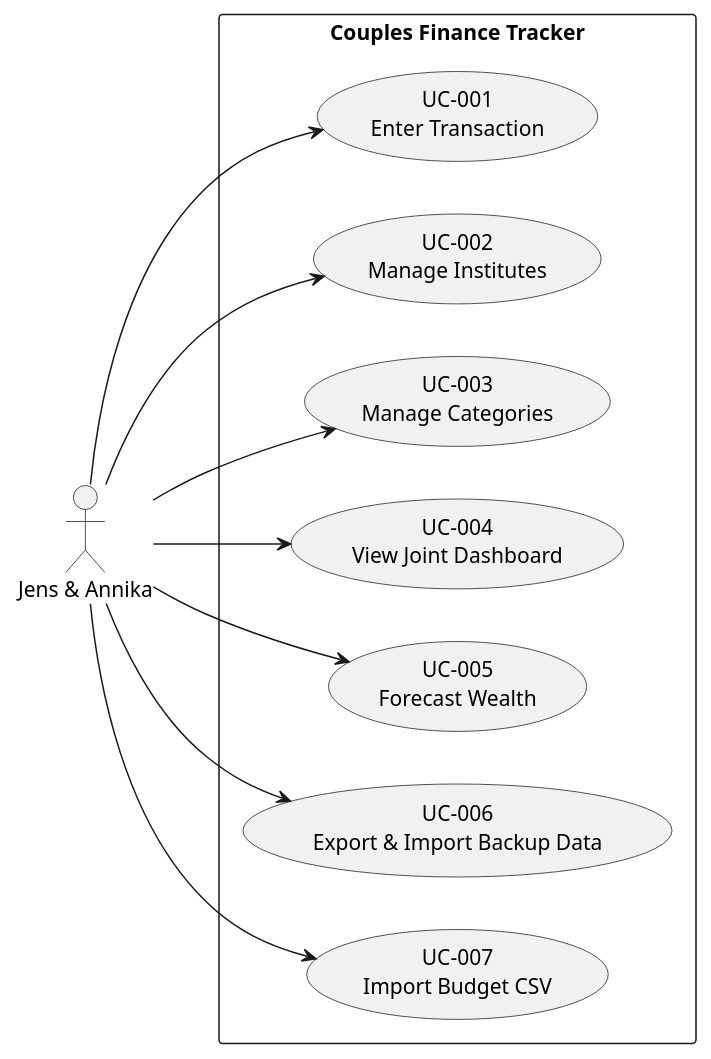
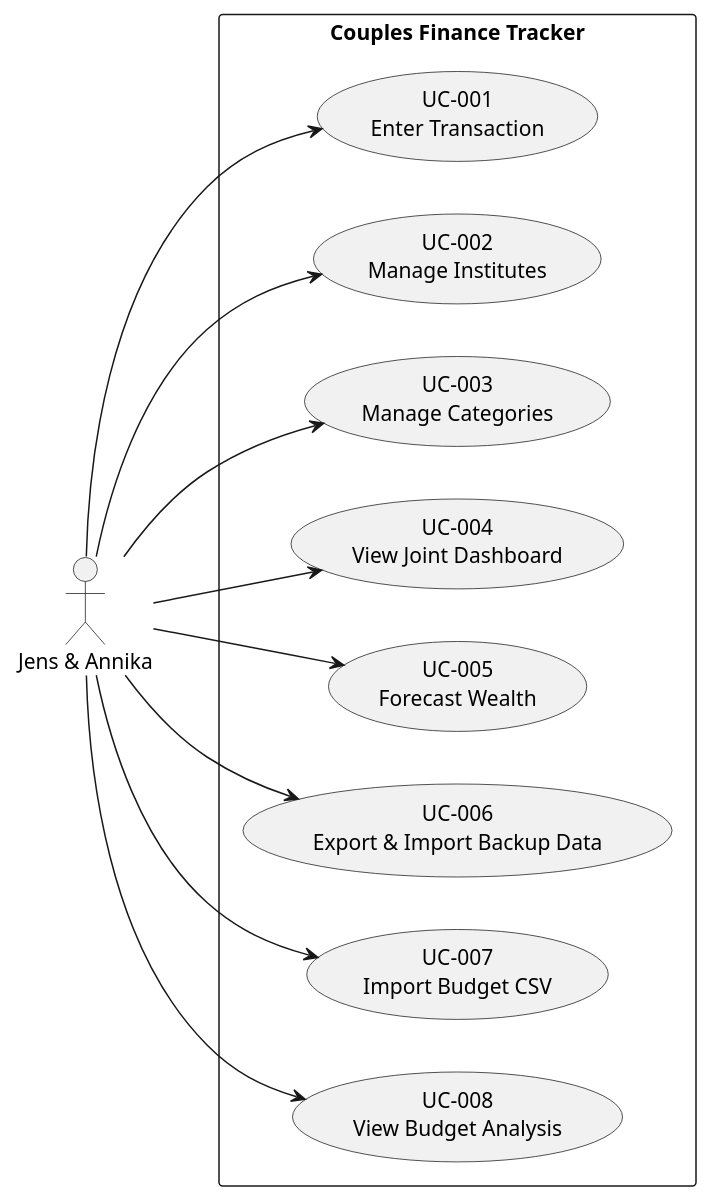
Before and after one commit to JensKre/finance-app: the diagram in docs/use_cases.puml, drawn with PlantUML. The commit also changed 11 other files, not shown here.

Commit message:
feat: implement budget analysis dashboard with timeline charts and update documentation

```diff
--- a/docs/use_cases.puml
+++ b/docs/use_cases.puml
@@ -1,24 +1,26 @@
 @startuml Use Cases Overview
 left to right direction
 
 actor "Jens & Annika" as user
 
 rectangle "Couples Finance Tracker" {
     usecase "UC-001\nEnter Transaction" as UC001
     usecase "UC-002\nManage Institutes" as UC002
     usecase "UC-003\nManage Categories" as UC003
     usecase "UC-004\nView Joint Dashboard" as UC004
     usecase "UC-005\nForecast Wealth" as UC005
     usecase "UC-006\nExport & Import Backup Data" as UC006
     usecase "UC-007\nImport Budget CSV" as UC007
+    usecase "UC-008\nView Budget Analysis" as UC008
 }
 
 user --> UC001
 user --> UC002
 user --> UC003
 user --> UC004
 user --> UC005
 user --> UC006
 user --> UC007
+user --> UC008
 
 @enduml
```
